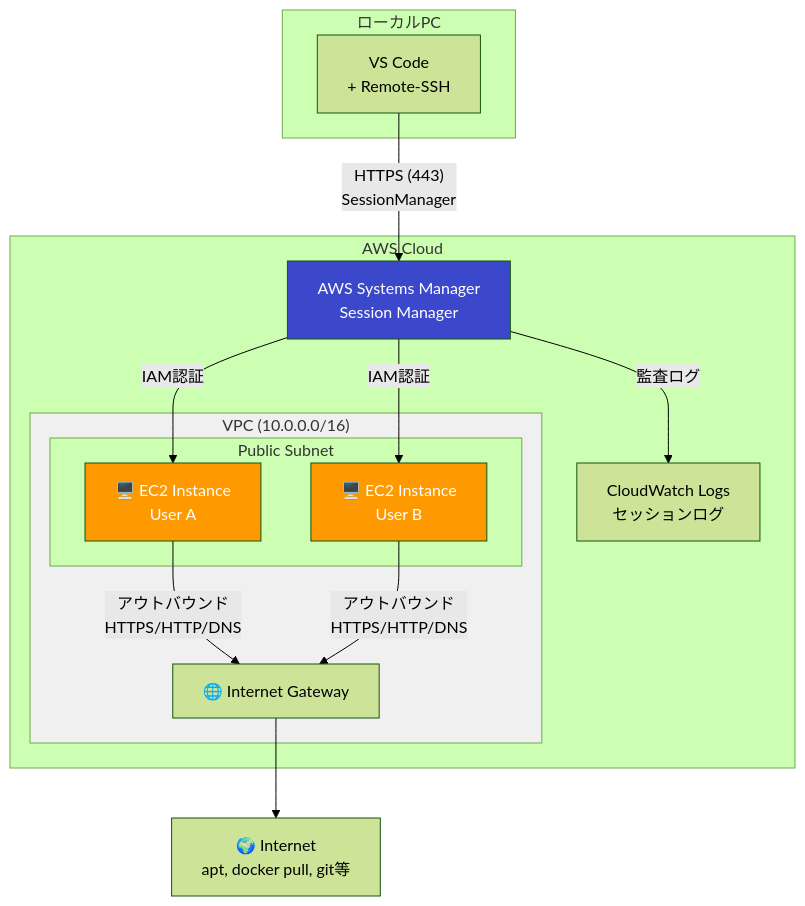
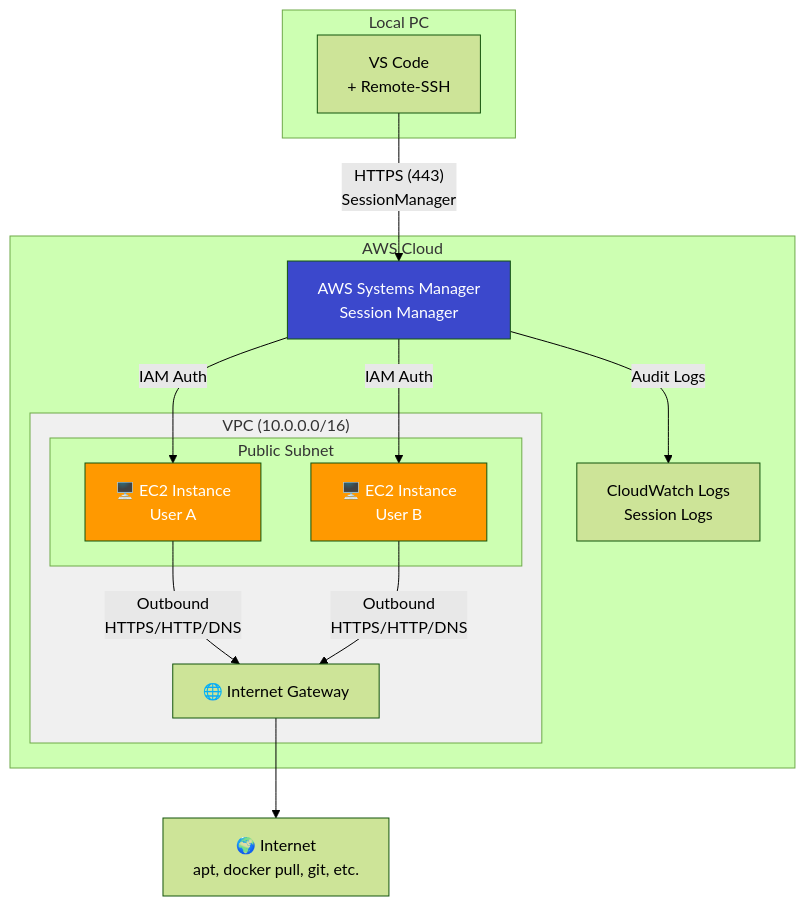
Before and after one commit to sukekyo26/ec2-workstation: the first of 4 diagrams in README.md, drawn with Mermaid (forest theme). The commit also changed other lines of this file and 1 other file, not shown here.

````diff
--- a/README.md
+++ b/README.md
@@ -27,30 +29,30 @@
 ```mermaid
 flowchart TB
     subgraph AWS["AWS Cloud"]
         subgraph VPC["VPC (10.0.0.0/16)"]
             subgraph Subnet["Public Subnet"]
                 EC2A["🖥️ EC2 Instance<br/>User A"]
                 EC2B["🖥️ EC2 Instance<br/>User B"]
             end
             IGW["🌐 Internet Gateway"]
         end
         SSM["AWS Systems Manager<br/>Session Manager"]
-        CW["CloudWatch Logs<br/>セッションログ"]
+        CW["CloudWatch Logs<br/>Session Logs"]
     end
 
-    subgraph Local["ローカルPC"]
+    subgraph Local["Local PC"]
         VSCode["VS Code<br/>+ Remote-SSH"]
     end
 
     VSCode -->|"HTTPS (443)<br/>SessionManager"| SSM
-    SSM -->|"IAM認証"| EC2A
-    SSM -->|"IAM認証"| EC2B
-    SSM -->|"監査ログ"| CW
-    EC2A & EC2B -->|"アウトバウンド<br/>HTTPS/HTTP/DNS"| IGW
-    IGW --> Internet["🌍 Internet<br/>apt, docker pull, git等"]
+    SSM -->|"IAM Auth"| EC2A
+    SSM -->|"IAM Auth"| EC2B
+    SSM -->|"Audit Logs"| CW
+    EC2A & EC2B -->|"Outbound<br/>HTTPS/HTTP/DNS"| IGW
+    IGW --> Internet["🌍 Internet<br/>apt, docker pull, git, etc."]
 
     style EC2A fill:#ff9900,color:#fff
     style EC2B fill:#ff9900,color:#fff
     style SSM fill:#3b48cc,color:#fff
     style VPC fill:#f0f0f0
 ```
````
